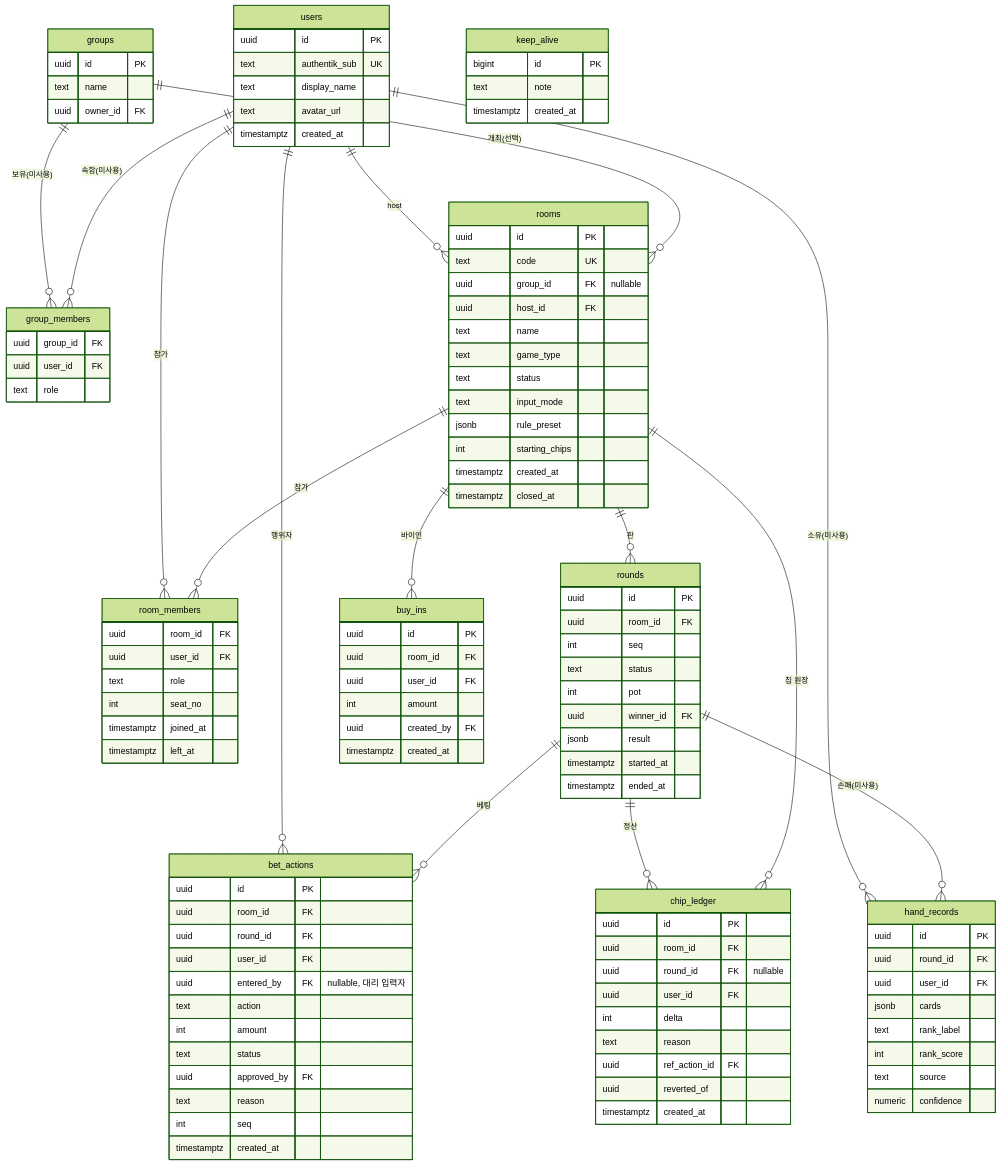
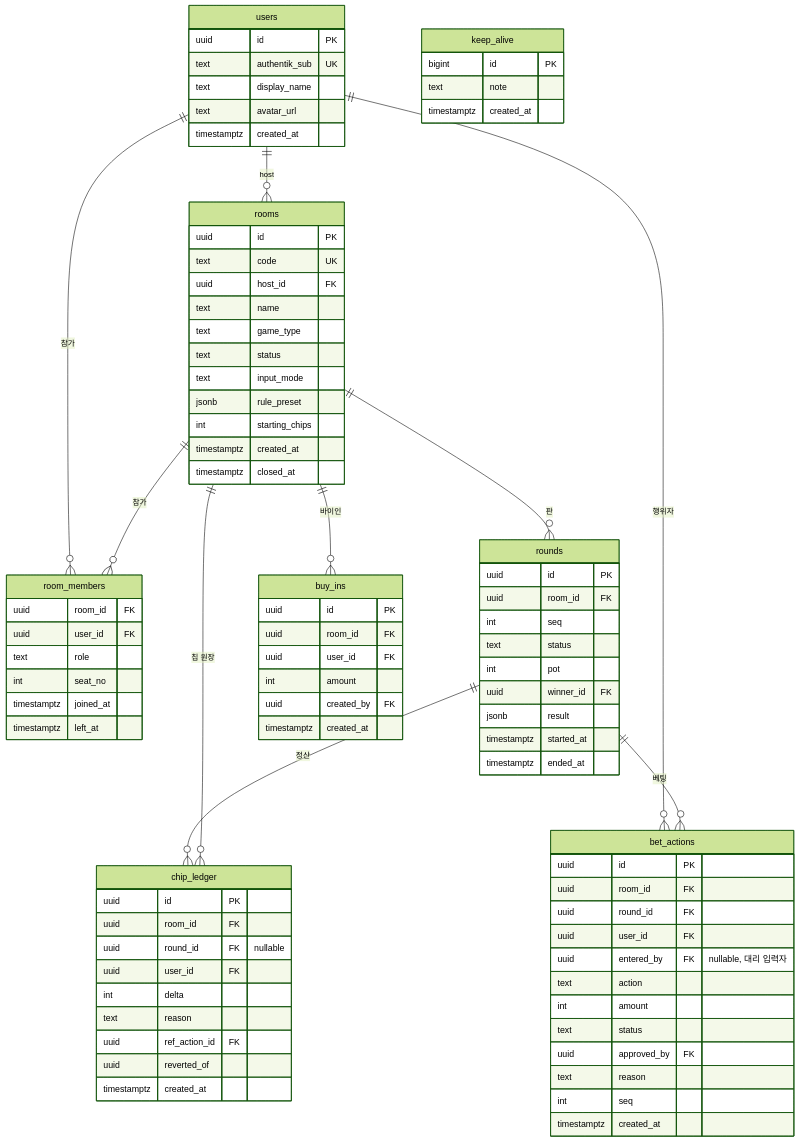
Before and after one commit to kanduit-lab/kkeutbal: the diagram in docs/02-data-model.md, drawn with Mermaid (forest theme). The commit also changed other lines of this file and 10 other files, not shown here.

````diff
--- a/docs/02-data-model.md
+++ b/docs/02-data-model.md
@@ -75,8 +75,5 @@
 ```mermaid
 erDiagram
-    users ||--o{ group_members : "속함(미사용)"
-    groups ||--o{ group_members : "보유(미사용)"
-    groups ||--o{ rooms : "개최(선택)"
     users ||--o{ rooms : "host"
     rooms ||--o{ room_members : "참가"
     users ||--o{ room_members : "참가"
@@ -84,10 +81,8 @@
     rooms ||--o{ buy_ins : "바이인"
     rooms ||--o{ chip_ledger : "칩 원장"
     rounds ||--o{ bet_actions : "베팅"
-    rounds ||--o{ hand_records : "손패(미사용)"
     rounds ||--o{ chip_ledger : "정산"
     users ||--o{ bet_actions : "행위자"
-    users ||--o{ hand_records : "소유(미사용)"
 
     users {
         uuid id PK
@@ -96,20 +91,9 @@
         text avatar_url
         timestamptz created_at
     }
-    groups {
-        uuid id PK
-        text name
-        uuid owner_id FK
-    }
-    group_members {
-        uuid group_id FK
-        uuid user_id FK
-        text role
-    }
     rooms {
         uuid id PK
         text code UK
-        uuid group_id FK "nullable"
         uuid host_id FK
         text name
         text game_type
@@ -172,16 +156,6 @@
         uuid created_by FK
         timestamptz created_at
     }
-    hand_records {
-        uuid id PK
-        uuid round_id FK
-        uuid user_id FK
-        jsonb cards
-        text rank_label
-        int rank_score
-        text source
-        numeric confidence
-    }
     keep_alive {
         bigint id PK
         text note
````
